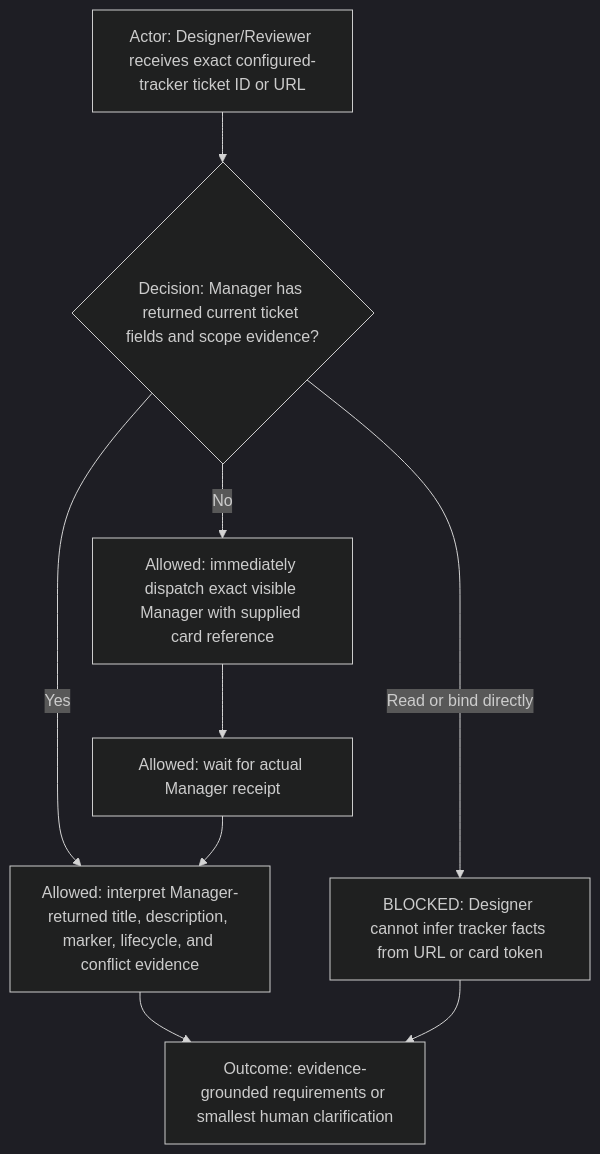
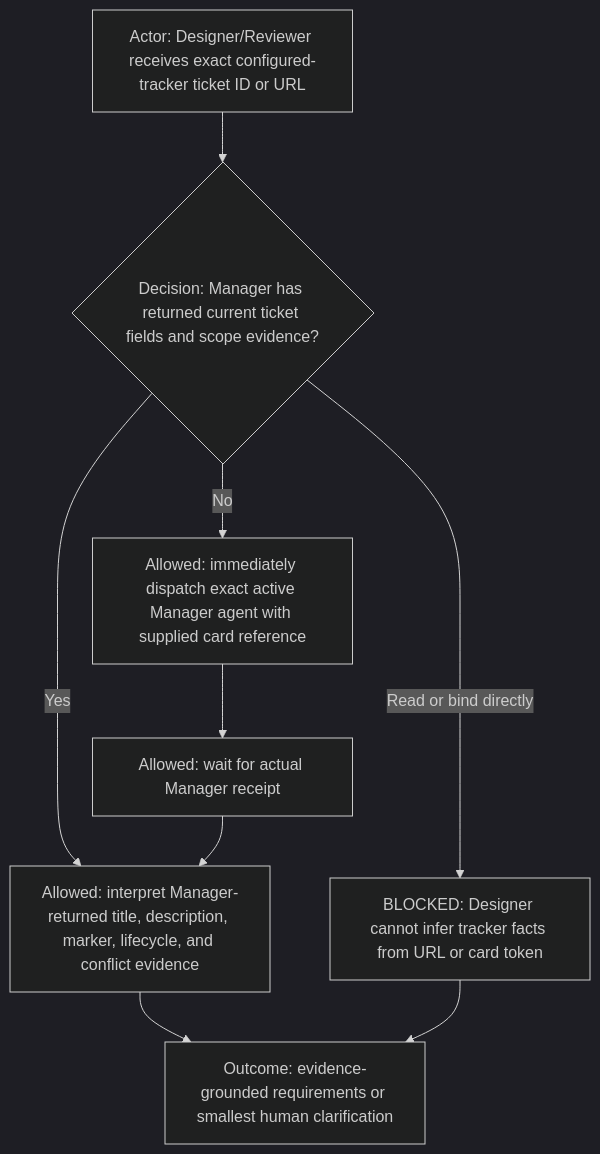
One commit to starodubtsevconsulting/ai-fleas changed the eighth of 21 diagrams in ai-workflows/_common/roles/designer-reviewer.md. Above: the diagram before and after it, drawn with Mermaid (dark theme). The commit also changed other lines of this file and 15 other files, not shown here.

````diff
--- a/ai-workflows/_common/roles/designer-reviewer.md
+++ b/ai-workflows/_common/roles/designer-reviewer.md
@@ -174,11 +174,11 @@
 ```mermaid
 flowchart TD
   Actor["Actor: Designer/Reviewer receives exact configured-tracker ticket ID or URL"] --> Decision{"Decision: Manager has returned current ticket fields and scope evidence?"}
-  Decision -->|No| Manager["Allowed: immediately dispatch exact visible Manager with supplied card reference"]
+  Decision -->|No| Manager["Allowed: immediately dispatch exact active Manager agent with supplied card reference"]
   Decision -->|Yes| Inspect["Allowed: interpret Manager-returned title, description, marker, lifecycle, and conflict evidence"]
   Decision -->|Read or bind directly| Blocked["BLOCKED: Designer cannot infer tracker facts from URL or card token"]
   Manager --> Wait["Allowed: wait for actual Manager receipt"]
   Wait --> Inspect
   Inspect --> Outcome["Outcome: evidence-grounded requirements or smallest human clarification"]
   Blocked --> Outcome
 ```
````
